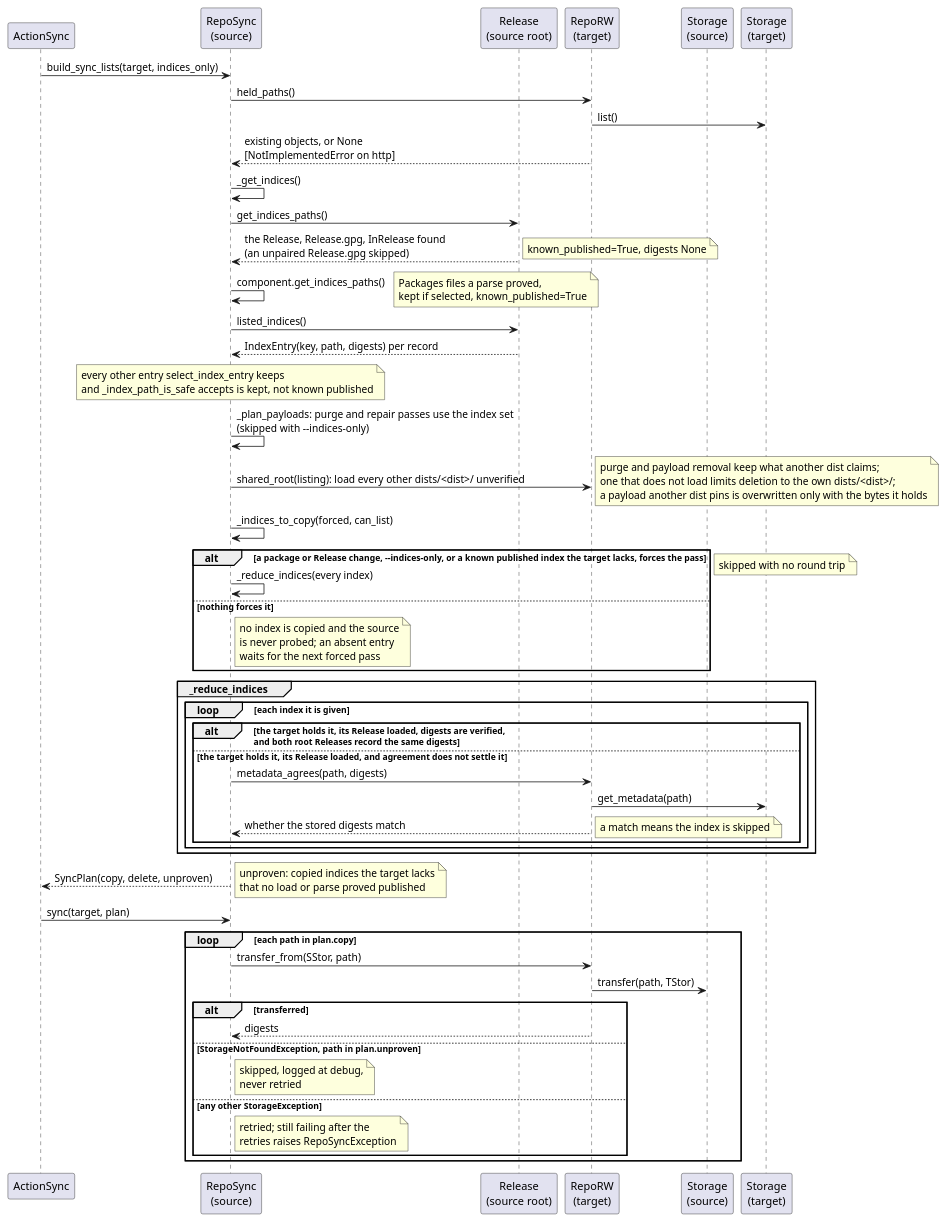
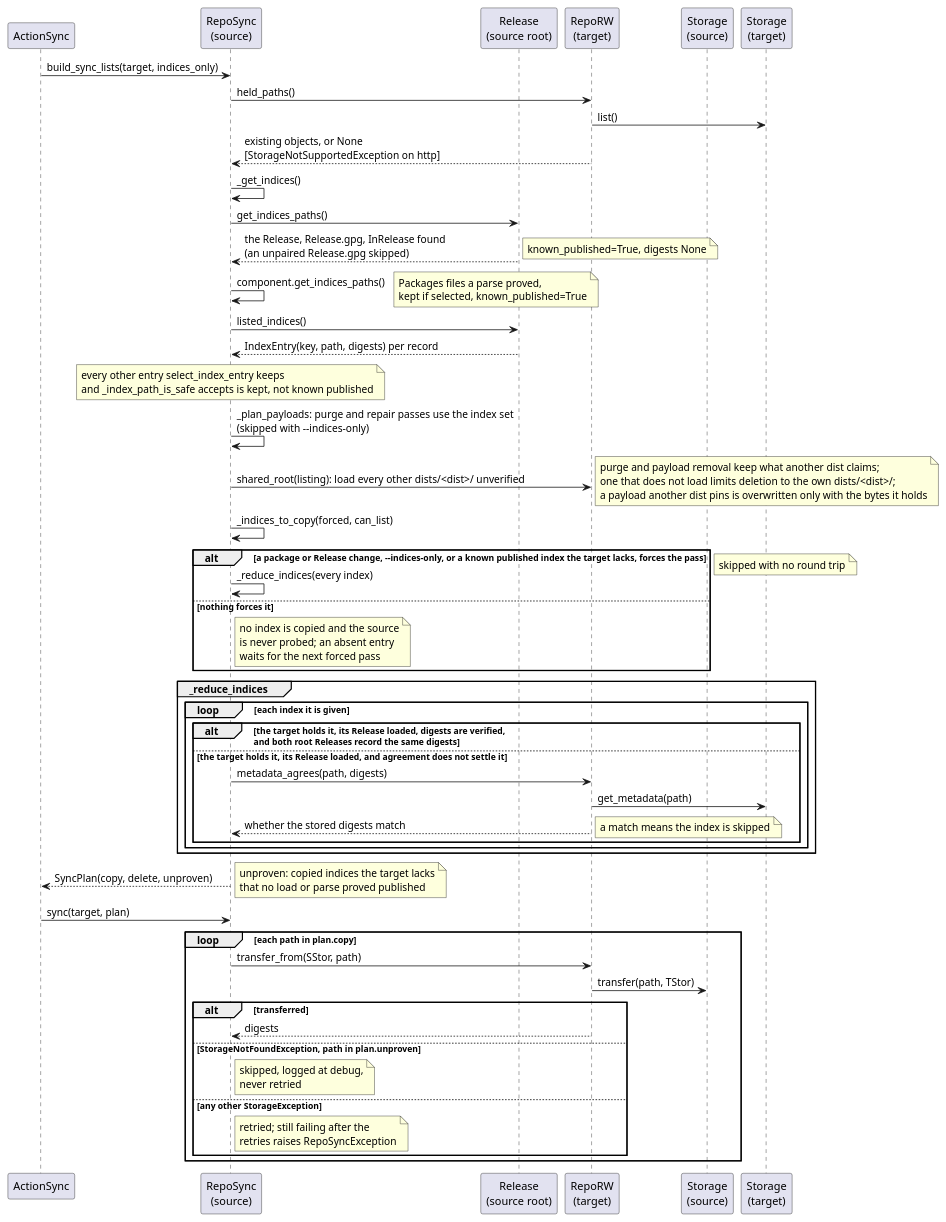
One commit to vinklat/debkit changed the diagram in docs/development/diagrams/repo-sync-indices-sequence.puml. Above: the diagram before and after it, drawn with PlantUML. The commit also changed 41 other files, not shown here.

```diff
--- a/docs/development/diagrams/repo-sync-indices-sequence.puml
+++ b/docs/development/diagrams/repo-sync-indices-sequence.puml
@@ -1,64 +1,64 @@
 @startuml
 participant ActionSync
 participant "RepoSync\n(source)" as Src
 participant "Release\n(source root)" as Rel
 participant "RepoRW\n(target)" as Tgt
 participant "Storage\n(source)" as SStor
 participant "Storage\n(target)" as TStor
 
 ActionSync -> Src: build_sync_lists(target, indices_only)
 Src -> Tgt: held_paths()
 Tgt -> TStor: list()
-Tgt --> Src: existing objects, or None\n[NotImplementedError on http]
+Tgt --> Src: existing objects, or None\n[StorageNotSupportedException on http]
 
 Src -> Src: _get_indices()
 Src -> Rel: get_indices_paths()
 Rel --> Src: the Release, Release.gpg, InRelease found\n(an unpaired Release.gpg skipped)
 note right: known_published=True, digests None
 Src -> Src: component.get_indices_paths()
 note right: Packages files a parse proved,\nkept if selected, known_published=True
 Src -> Rel: listed_indices()
 Rel --> Src: IndexEntry(key, path, digests) per record
 
 note over Src: every other entry select_index_entry keeps\nand _index_path_is_safe accepts is kept, not known published
 
 Src -> Src: _plan_payloads: purge and repair passes use the index set\n(skipped with --indices-only)
 Src -> Tgt: shared_root(listing): load every other dists/<dist>/ unverified
 note right: purge and payload removal keep what another dist claims;\none that does not load limits deletion to the own dists/<dist>/;\na payload another dist pins is overwritten only with the bytes it holds
 
 Src -> Src: _indices_to_copy(forced, can_list)
 alt a package or Release change, --indices-only, or a known published index the target lacks, forces the pass
   Src -> Src: _reduce_indices(every index)
 else nothing forces it
   note right of Src: no index is copied and the source\nis never probed; an absent entry\nwaits for the next forced pass
 end
 
 group _reduce_indices
   loop each index it is given
     alt the target holds it, its Release loaded, digests are verified,\nand both root Releases record the same digests
       note right: skipped with no round trip
     else the target holds it, its Release loaded, and agreement does not settle it
       Src -> Tgt: metadata_agrees(path, digests)
       Tgt -> TStor: get_metadata(path)
       Tgt --> Src: whether the stored digests match
       note right: a match means the index is skipped
     end
   end
 end
 
 Src --> ActionSync: SyncPlan(copy, delete, unproven)
 note right: unproven: copied indices the target lacks\nthat no load or parse proved published
 
 ActionSync -> Src: sync(target, plan)
 loop each path in plan.copy
   Src -> Tgt: transfer_from(SStor, path)
   Tgt -> SStor: transfer(path, TStor)
   alt transferred
     Tgt --> Src: digests
   else StorageNotFoundException, path in plan.unproven
     note right of Src: skipped, logged at debug,\nnever retried
   else any other StorageException
     note right of Src: retried; still failing after the\nretries raises RepoSyncException
   end
 end
 @enduml
```
